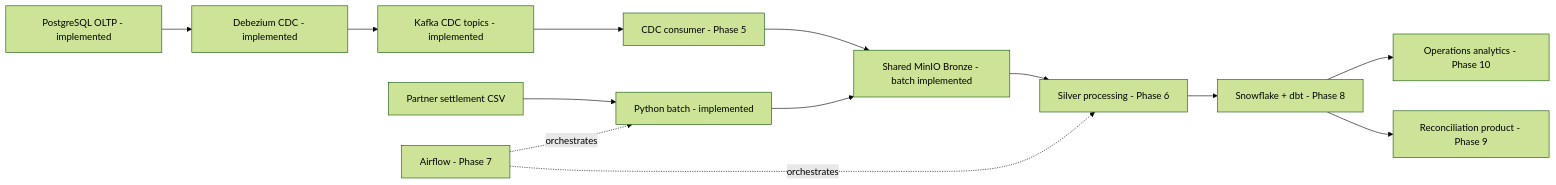
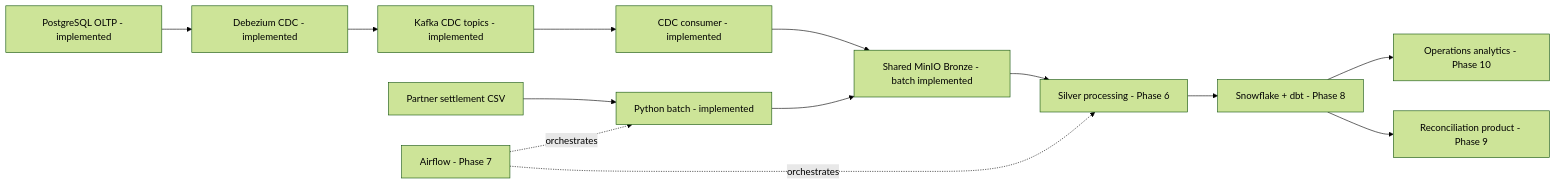
One commit to minzi03/fintech-payments-data-platform changed the second of 2 diagrams in docs/architecture/target-architecture.md. Above: the diagram before and after it, drawn with Mermaid (forest theme). The commit also changed other lines of this file and 44 other files, not shown here.

Commit message:
feat: add reliable CDC consumer to MinIO Bronze

````diff
--- a/docs/architecture/target-architecture.md
+++ b/docs/architecture/target-architecture.md
@@ -48,15 +53,15 @@
 ```mermaid
 flowchart LR
     PG["PostgreSQL OLTP - implemented"] --> CDC["Debezium CDC - implemented"]
     CDC --> KAFKA["Kafka CDC topics - implemented"]
     FILES["Partner settlement CSV"] --> BATCH["Python batch - implemented"]
-    KAFKA --> CONSUMER["CDC consumer - Phase 5"]
+    KAFKA --> CONSUMER["CDC consumer - implemented"]
     BATCH --> BRONZE["Shared MinIO Bronze - batch implemented"]
     CONSUMER --> BRONZE
     BRONZE --> SILVER["Silver processing - Phase 6"]
     SILVER --> WH["Snowflake + dbt - Phase 8"]
     WH --> OPS["Operations analytics - Phase 10"]
     WH --> RECON["Reconciliation product - Phase 9"]
     AIRFLOW["Airflow - Phase 7"] -. orchestrates .-> BATCH
     AIRFLOW -. orchestrates .-> SILVER
 ```
````
